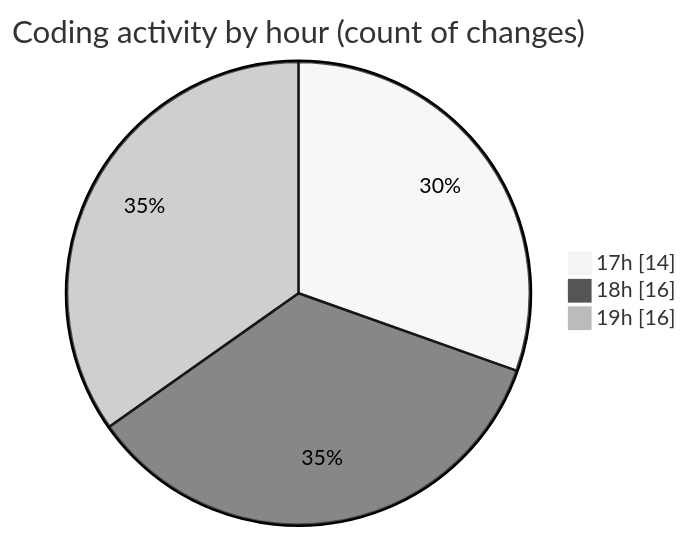
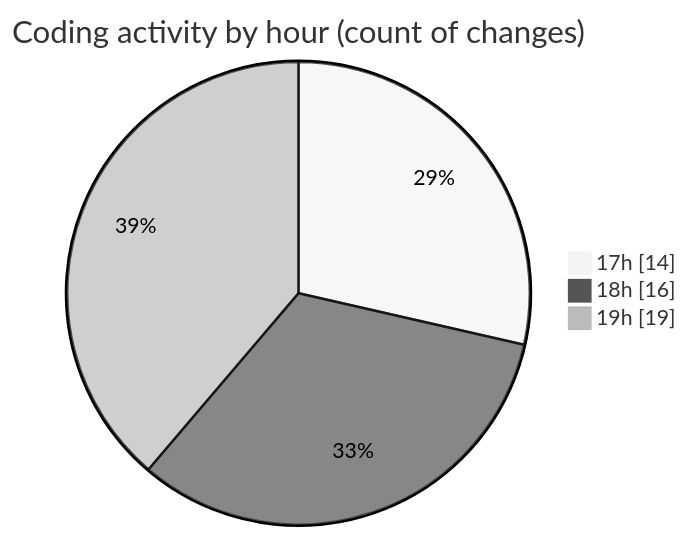
The second of 2 diagrams in 2025-05-01/jmasm/README.md (charlie-sans/code-tracking), drawn with Mermaid (neutral theme) before and after one commit. The commit also changed other lines of this file and 1 other file, not shown here.

````diff
--- a/2025-05-01/jmasm/README.md
+++ b/2025-05-01/jmasm/README.md
@@ -39,7 +39,7 @@
 ```mermaid
 pie showData
 title Coding activity by hour (count of changes)
 "17h" : 14
 "18h" : 16
-"19h" : 16
+"19h" : 19
 ```
````
